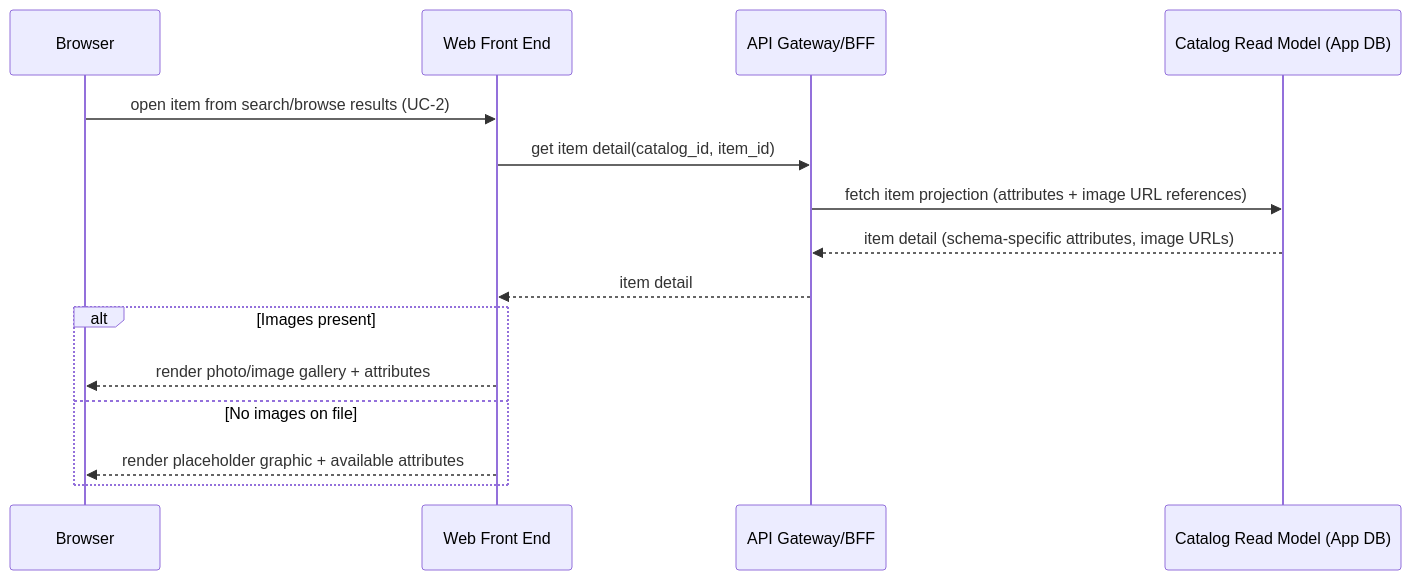
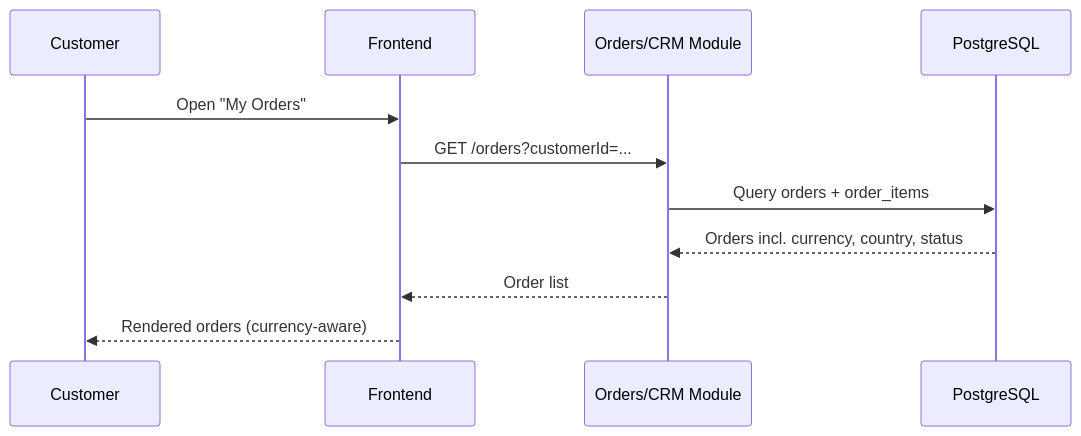
One commit to DzmitryKamashkaInt/business_analysys_pipeline changed the sixth of 10 diagrams in projects/rumica-starter/working/architecture-specification.md. Above: the diagram before and after it, drawn with Mermaid. The commit also changed other lines of this file, not shown here.

Commit message:
rumica-starter: rework architecture specification for custom backend + payment orchestration layer

````diff
--- a/projects/rumica-starter/working/architecture-specification.md
+++ b/projects/rumica-starter/working/architecture-specification.md
@@ -125,18 +206,14 @@
 ```mermaid
 sequenceDiagram
-    participant Browser
-    participant FE as Web Front End
-    participant GW as API Gateway/BFF
-    participant RM as Catalog Read Model (App DB)
+    participant U as Customer
+    participant FE as Frontend
+    participant Orders as Orders/CRM Module
+    participant DB as PostgreSQL
 
-    Browser->>FE: open item from search/browse results (UC-2)
-    FE->>GW: get item detail(catalog_id, item_id)
-    GW->>RM: fetch item projection (attributes + image URL references)
-    RM-->>GW: item detail (schema-specific attributes, image URLs)
-    GW-->>FE: item detail
-    alt Images present
-        FE-->>Browser: render photo/image gallery + attributes
-    else No images on file
-        FE-->>Browser: render placeholder graphic + available attributes
-    end
+    U->>FE: Open "My Orders"
+    FE->>Orders: GET /orders?customerId=...
+    Orders->>DB: Query orders + order_items
+    DB-->>Orders: Orders incl. currency, country, status
+    Orders-->>FE: Order list
+    FE-->>U: Rendered orders (currency-aware)
 ```
````
